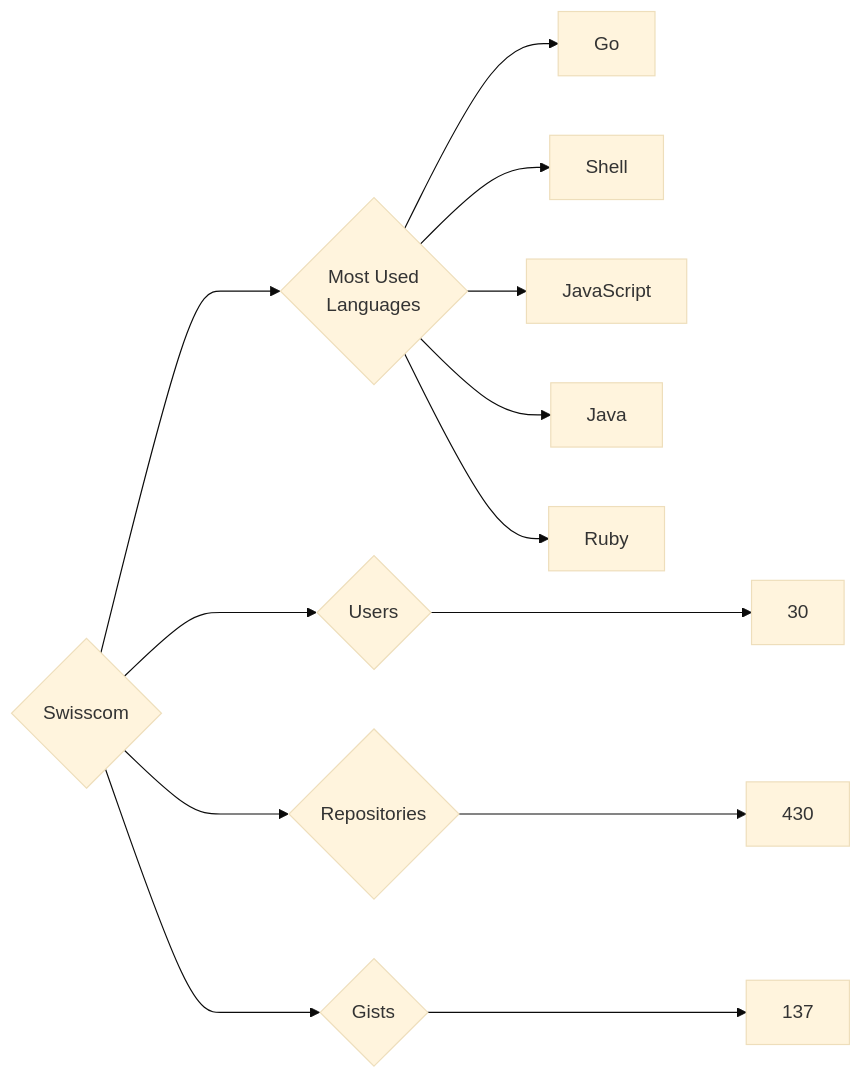
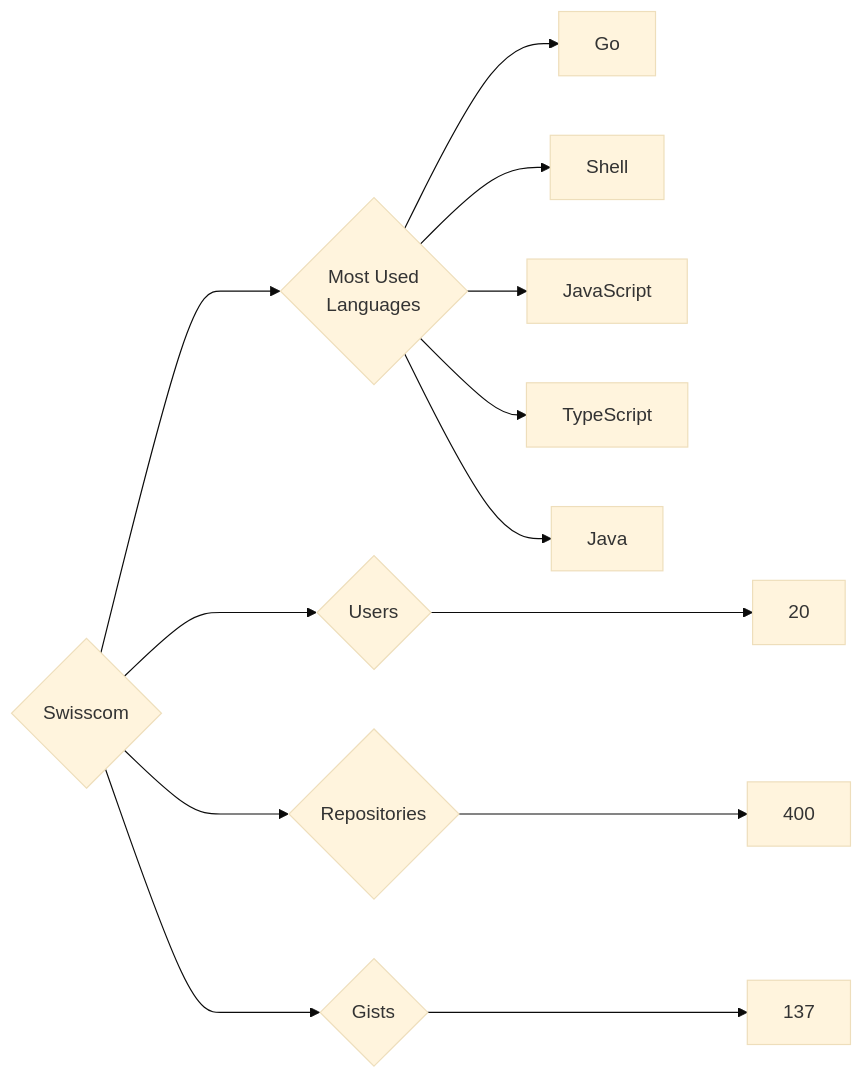
The diagram in targets/Swisscom/README.md (trickest/insiders), drawn with Mermaid (base theme) before and after one commit. The commit also changed 823 other files, not shown here.

````diff
--- a/targets/Swisscom/README.md
+++ b/targets/Swisscom/README.md
@@ -3,13 +3,13 @@
 ```mermaid
 graph LR
 COMPANY_NAME{Swisscom}
-COMPANY_NAME ---> U{Users} ---> UN[30]
-COMPANY_NAME ---> R{Repositories} ---> RN[430]
+COMPANY_NAME ---> U{Users} ---> UN[20]
+COMPANY_NAME ---> R{Repositories} ---> RN[400]
 COMPANY_NAME ---> G{Gists} ---> GN[137]
 COMPANY_NAME ---> ML{Most Used<br>Languages}
 ML --> Go[Go]
 ML --> Shell[Shell]
 ML --> JavaScript[JavaScript]
+ML --> TypeScript[TypeScript]
 ML --> Java[Java]
-ML --> Ruby[Ruby]
 ```
````
